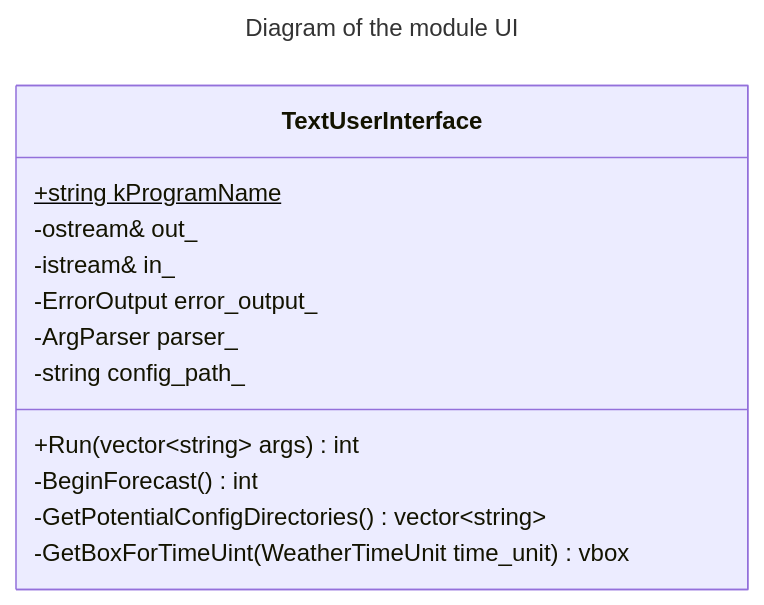
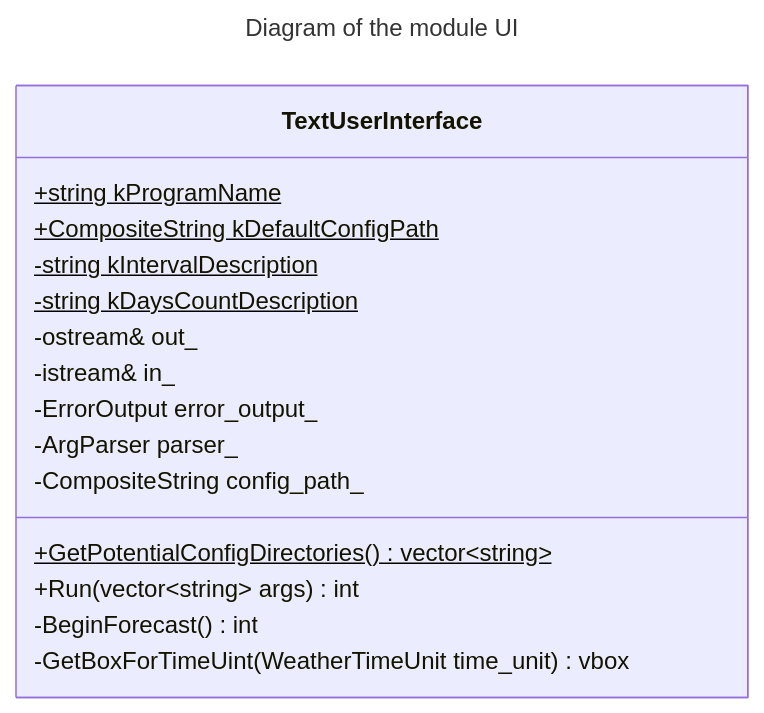
Before and after one commit to bialger/weather-forecast: the second of 4 diagrams in docs/dev/architecture.md, drawn with Mermaid. The commit also changed other lines of this file, not shown here.

Commit message:
Some minor TextUserInterface UML fixes

````diff
--- a/docs/dev/architecture.md
+++ b/docs/dev/architecture.md
@@ -59,25 +59,28 @@
 ```mermaid
 ---
 title: Diagram of the module UI
 ---
 %%{
   init: {
     'theme': 'base',
-    'classDiagram': { 'curve': 'linaer' },
+    'classDiagram': { 'curve': 'linear' },
   }
 }%%
 classDiagram
   direction TB
   class TextUserInterface {
     +string kProgramName$
+    +CompositeString kDefaultConfigPath$
+    -string kIntervalDescription$
+    -string kDaysCountDescription$
     -ostream& out_
     -istream& in_
     -ErrorOutput error_output_
     -ArgParser parser_
-    -string config_path_
+    -CompositeString config_path_
+    +GetPotentialConfigDirectories()$ vector~string~
     +Run(vector~string~ args) int
     -BeginForecast() int
-    -GetPotentialConfigDirectories() vector~string~
     -GetBoxForTimeUint(WeatherTimeUnit time_unit) vbox
   }
 ```
````
